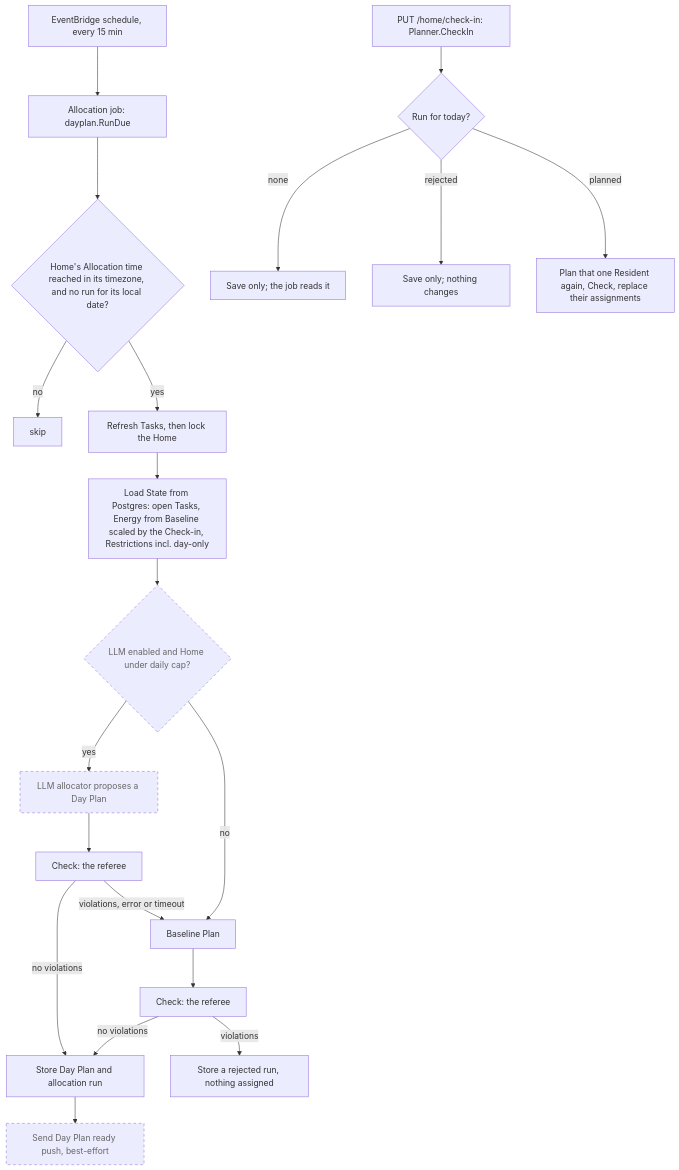
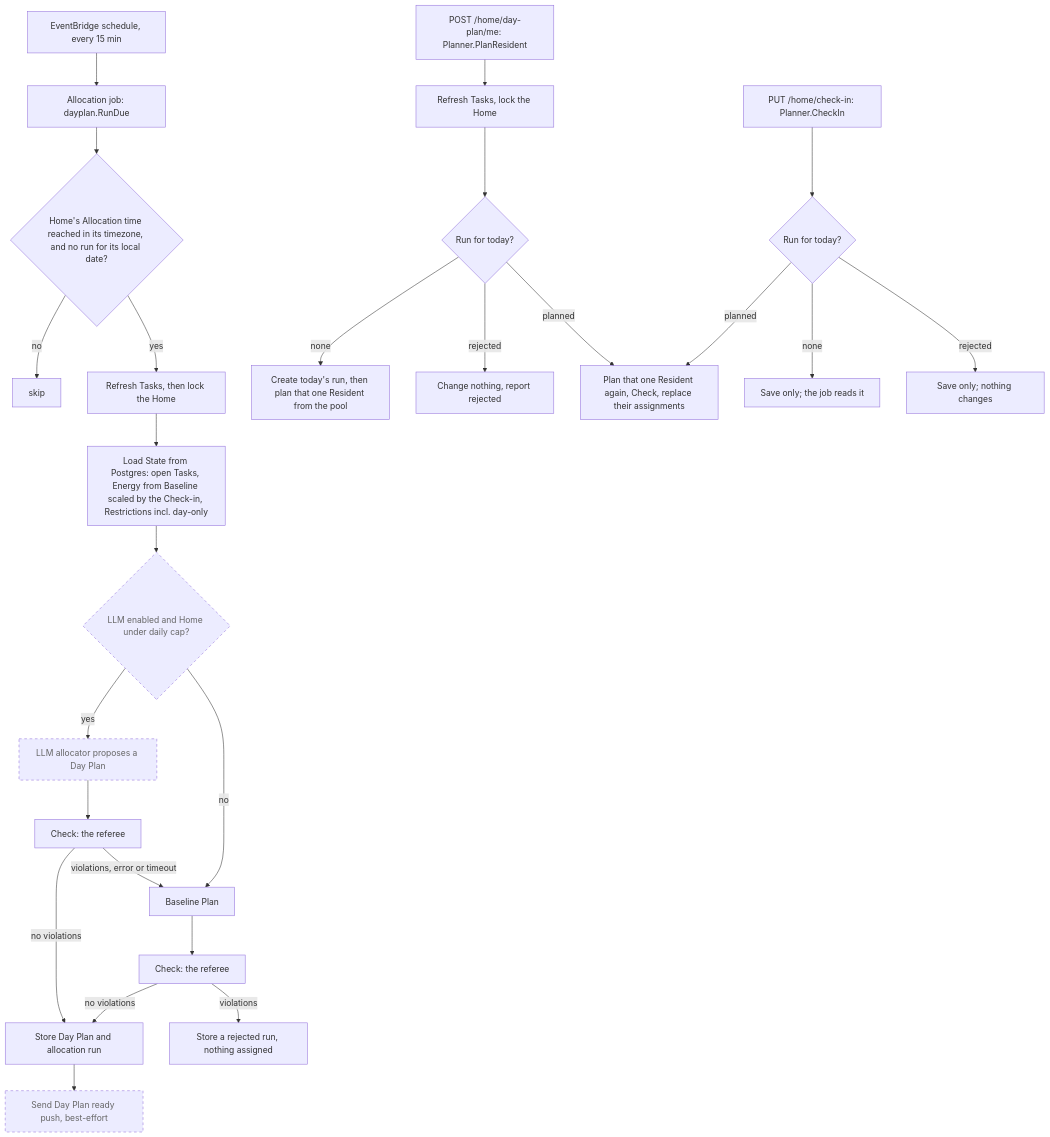
One commit to AbnerWillclefy/Homeowner changed the diagram in docs/architecture/allocation.md. Above: the diagram before and after it, drawn with Mermaid. The commit also changed other lines of this file and 1 other file, not shown here.

Commit message:
docs(architecture): describe getting my tasks right away

````diff
--- a/docs/architecture/allocation.md
+++ b/docs/architecture/allocation.md
@@ -40,24 +41,29 @@
 ```mermaid
 flowchart TD
     EB["EventBridge schedule, every 15 min"] --> J["Allocation job: dayplan.RunDue"]
     J --> H{"Home's Allocation time reached in its timezone, and no run for its local date?"}
     H -->|no| X["skip"]
     H -->|yes| R["Refresh Tasks, then lock the Home"]
     R --> L["Load State from Postgres: open Tasks, Energy from Baseline scaled by the Check-in, Restrictions incl. day-only"]
     L --> Q{"LLM enabled and Home under daily cap?"}:::planned
     Q -->|yes| LLM["LLM allocator proposes a Day Plan"]:::planned
     LLM --> CK["Check: the referee"]
     CK -->|no violations| S
     CK -->|violations, error or timeout| B
     Q -->|no| B["Baseline Plan"]
     B --> CK2["Check: the referee"]
     CK2 -->|no violations| S["Store Day Plan and allocation run"]
     CK2 -->|violations| RJ["Store a rejected run, nothing assigned"]
     S --> N["Send Day Plan ready push, best-effort"]:::planned
+    GR["POST /home/day-plan/me: Planner.PlanResident"] --> GF["Refresh Tasks, lock the Home"]
+    GF --> GR2{"Run for today?"}
+    GR2 -->|none| GN["Create today's run, then plan that one Resident from the pool"]
+    GR2 -->|rejected| GJ["Change nothing, report rejected"]
+    GR2 -->|planned| RP
     CI["PUT /home/check-in: Planner.CheckIn"] --> CR{"Run for today?"}
     CR -->|none| CS["Save only; the job reads it"]
     CR -->|rejected| CS2["Save only; nothing changes"]
     CR -->|planned| RP["Plan that one Resident again, Check, replace their assignments"]
 
     classDef planned stroke-dasharray: 5 5,color:#666
 ```
````
